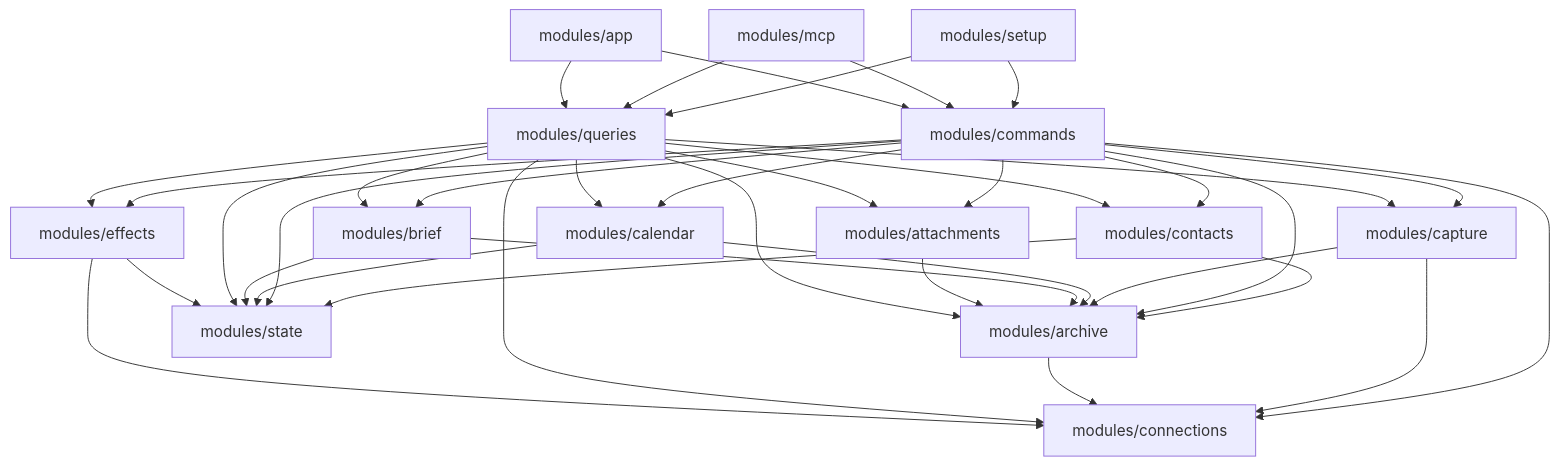
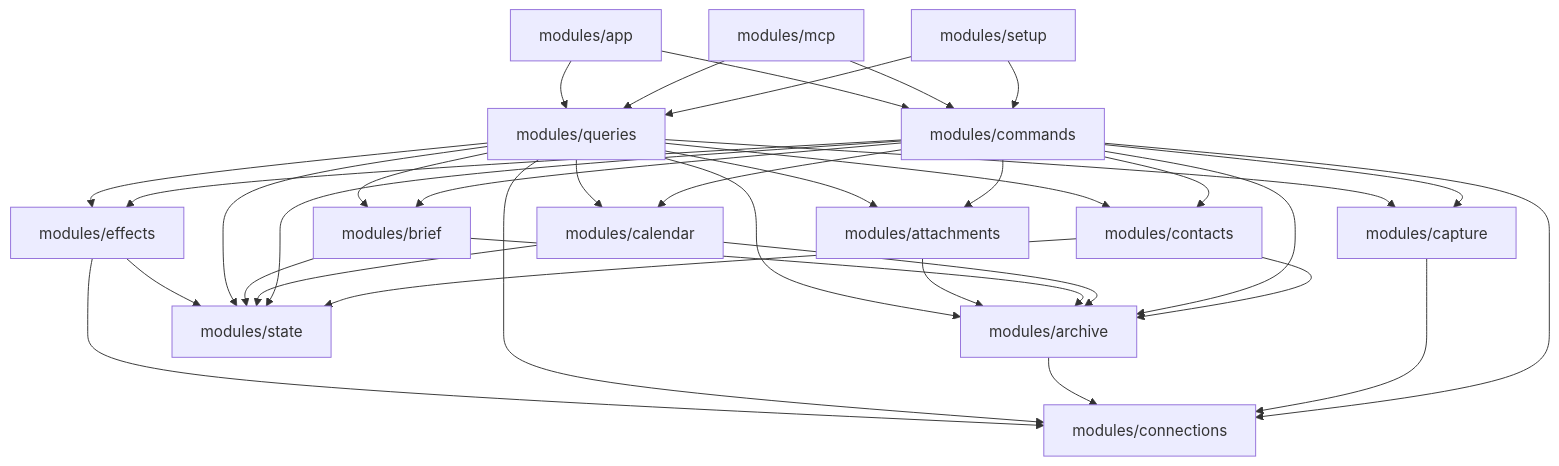
The diagram in map/README.md (diligent-communications/diligent-communications), drawn with Mermaid before and after one commit. The commit also changed 18 other files, not shown here.

````diff
--- a/map/README.md
+++ b/map/README.md
@@ -11,53 +11,52 @@
 ```mermaid
 flowchart TD
     folder1["modules/app"]
     folder2["modules/archive"]
     folder3["modules/attachments"]
     folder4["modules/brief"]
     folder5["modules/calendar"]
     folder6["modules/capture"]
     folder7["modules/commands"]
     folder8["modules/connections"]
     folder9["modules/contacts"]
     folder10["modules/effects"]
     folder11["modules/mcp"]
     folder12["modules/queries"]
     folder13["modules/setup"]
     folder14["modules/state"]
     folder1 --> folder12
     folder1 --> folder7
     folder10 --> folder14
     folder10 --> folder8
     folder11 --> folder12
     folder11 --> folder7
     folder12 --> folder10
     folder12 --> folder14
     folder12 --> folder2
     folder12 --> folder3
     folder12 --> folder4
     folder12 --> folder5
     folder12 --> folder6
     folder12 --> folder8
     folder12 --> folder9
     folder13 --> folder12
     folder13 --> folder7
     folder2 --> folder8
     folder3 --> folder2
     folder4 --> folder14
     folder4 --> folder2
     folder5 --> folder14
     folder5 --> folder2
-    folder6 --> folder2
     folder6 --> folder8
     folder7 --> folder10
     folder7 --> folder14
     folder7 --> folder2
     folder7 --> folder3
     folder7 --> folder4
     folder7 --> folder5
     folder7 --> folder6
     folder7 --> folder8
     folder7 --> folder9
     folder9 --> folder14
     folder9 --> folder2
 ```
````
